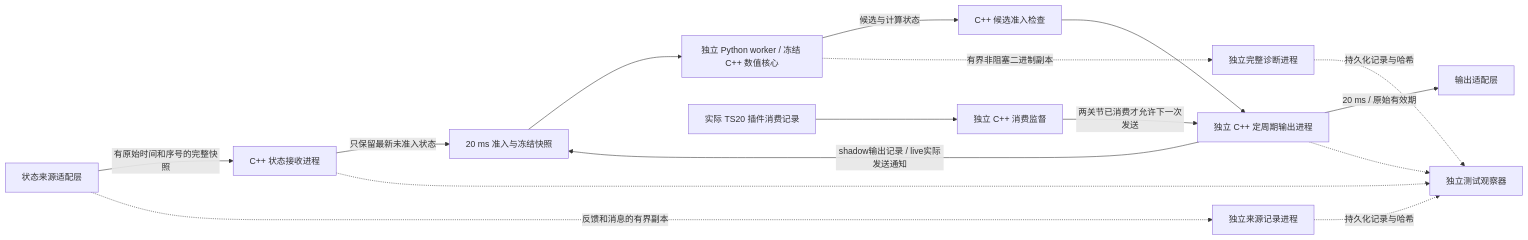
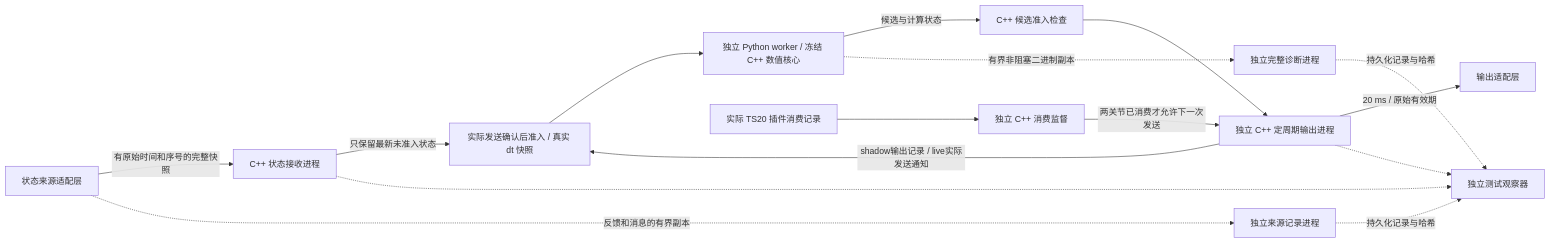
One commit to zgy-web/x650_ADRC_zgy changed the diagram in docs/X650_EXECUTION_ISOLATION_AND_TEST_METHOD.md. Above: the diagram before and after it, drawn with Mermaid. The commit also changed other lines of this file and 52 other files, not shown here.

````diff
--- a/docs/X650_EXECUTION_ISOLATION_AND_TEST_METHOD.md
+++ b/docs/X650_EXECUTION_ISOLATION_AND_TEST_METHOD.md
@@ -15,18 +15,18 @@
 ```mermaid
 flowchart LR
     A[状态来源适配层] -->|有原始时间和序号的完整快照| B[C++ 状态接收进程]
-    B -->|只保留最新未准入状态| C[20 ms 准入与冻结快照]
+    B -->|只保留最新未准入状态| C[实际发送确认后准入 / 真实 dt 快照]
     C --> D[独立 Python worker / 冻结 C++ 数值核心]
     D -->|候选与计算状态| E[C++ 候选准入检查]
     E --> F[独立 C++ 定周期输出进程]
     F -->|20 ms / 原始有效期| G[输出适配层]
     F -->|shadow输出记录 / live实际发送通知| C
     D -.->|有界非阻塞二进制副本| H[独立完整诊断进程]
     A -.->|反馈和消息的有界副本| J[独立来源记录进程]
     K[实际 TS20 插件消费记录] --> L[独立 C++ 消费监督]
     L -->|两关节已消费才允许下一次发送| F
     B -.-> I[独立测试观察器]
     F -.-> I
     H -.->|持久化记录与哈希| I
     J -.->|持久化记录与哈希| I
 ```
````
